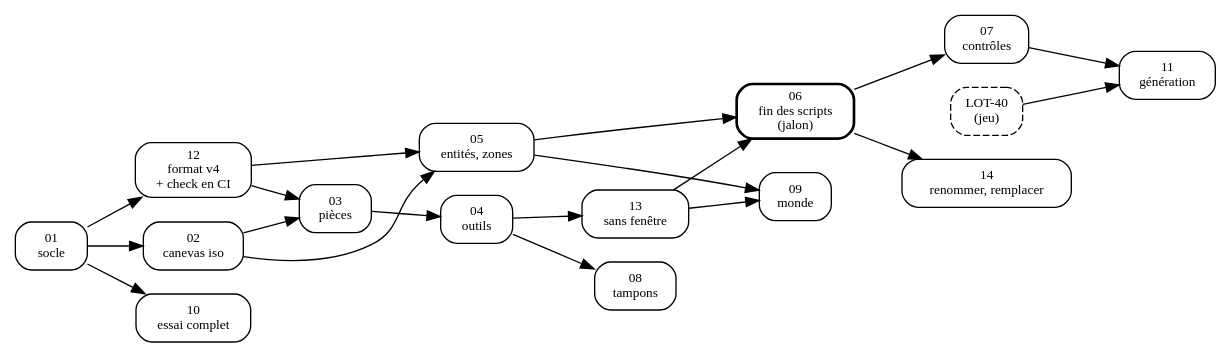
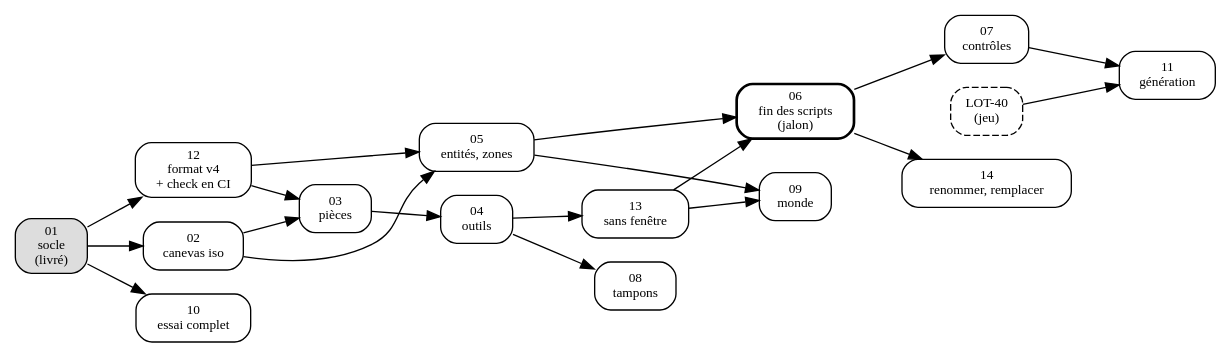
Before and after one commit to azertval/JustAnotherDnDGame: the diagram in Documentation/Editeur/feuille-de-route.md, drawn with Graphviz. The commit also changed other lines of this file and 190 other files, not shown here.

````diff
--- a/Documentation/Editeur/feuille-de-route.md
+++ b/Documentation/Editeur/feuille-de-route.md
@@ -209,29 +209,29 @@
 ```dot
 digraph editeur {
   rankdir=LR;
   node [shape=box, style=rounded, fontsize=10];
-  E01 [label="01\nsocle"];
+  E01 [label="01\nsocle\n(livré)", style="rounded,filled", fillcolor="#dddddd"];
   E02 [label="02\ncanevas iso"];
   E12 [label="12\nformat v4\n+ check en CI"];
   E03 [label="03\npièces"];
   E04 [label="04\noutils"];
   E05 [label="05\nentités, zones"];
   E13 [label="13\nsans fenêtre"];
   E06 [label="06\nfin des scripts\n(jalon)", style="rounded,bold"];
   E07 [label="07\ncontrôles"];
   E14 [label="14\nrenommer, remplacer"];
   E08 [label="08\ntampons"];
   E09 [label="09\nmonde"];
   E10 [label="10\nessai complet"];
   E11 [label="11\ngénération"];
   L40 [label="LOT-40\n(jeu)", style="rounded,dashed"];
   E01 -> E02; E01 -> E12; E01 -> E10;
   E02 -> E03; E12 -> E03;
   E02 -> E05; E12 -> E05;
   E03 -> E04; E04 -> E13; E04 -> E08;
   E13 -> E06; E05 -> E06;
   E06 -> E07; E06 -> E14;
   E05 -> E09; E13 -> E09;
   E07 -> E11; L40 -> E11;
 }
 ```
````
